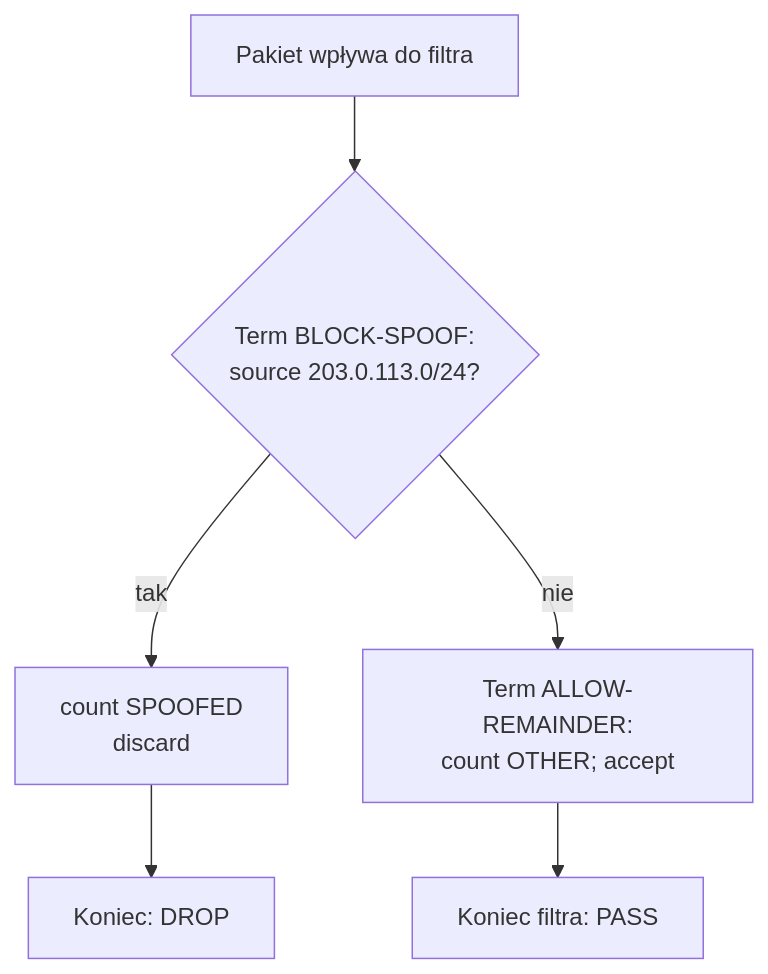
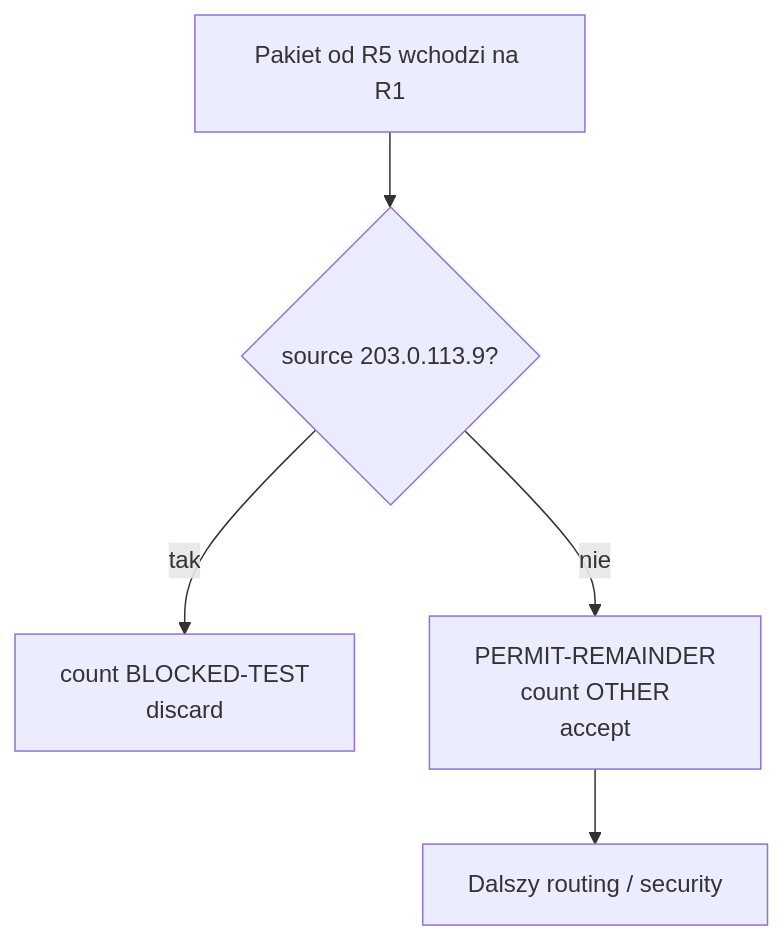
One commit to nelto79/jncip changed the seventh of 8 diagrams in docs/chapters/JUNOS_Rozdzial_08_Routing_Policy_and_Firewall_Filters.md. Above: the diagram before and after it, drawn with Mermaid. The commit also changed other lines of this file, not shown here.

Commit message:
docs(ch08): replace previous chapter with full source-checked DIAMOND-6R six-vSRX rewrite

````diff
--- a/docs/chapters/JUNOS_Rozdzial_08_Routing_Policy_and_Firewall_Filters.md
+++ b/docs/chapters/JUNOS_Rozdzial_08_Routing_Policy_and_Firewall_Filters.md
@@ -487,8 +676,7 @@
 ```mermaid
 flowchart TD
-  A["Pakiet wpływa do filtra"] --> T1{"Term BLOCK-SPOOF:<br/>source 203.0.113.0/24?"}
-  T1 -->|tak| C["count SPOOFED<br/>discard"]
-  T1 -->|nie| T2["Term ALLOW-REMAINDER:<br/>count OTHER; accept"]
-  C --> D["Koniec: DROP"]
-  T2 --> E["Koniec filtra: PASS"]
+  IN["Pakiet od R5 wchodzi na R1"] --> T1{"source 203.0.113.9?"}
+  T1 -->|"tak"| D["count BLOCKED-TEST<br/>discard"]
+  T1 -->|"nie"| T2["PERMIT-REMAINDER<br/>count OTHER<br/>accept"]
+  T2 --> OK["Dalszy routing / security"]
 ```
````
